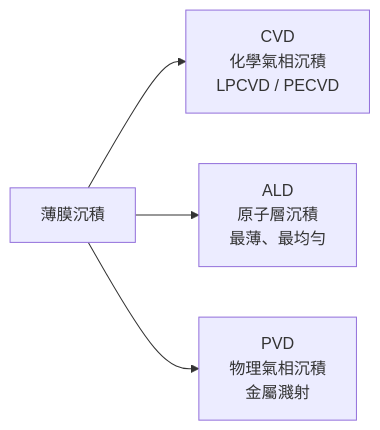
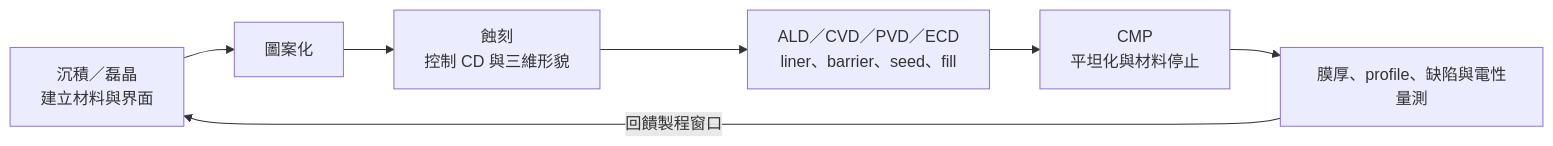
Before and after one commit to wizardhsiehcom/book: the diagram in docs/semi-jobs/08-etch-dep-cmp.md, drawn with Mermaid. The commit also changed other lines of this file and 31 other files, not shown here.

````diff
--- a/docs/semi-jobs/08-etch-dep-cmp.md
+++ b/docs/semi-jobs/08-etch-dep-cmp.md
@@ -24,6 +7,9 @@
 ```mermaid
-graph LR
-    DEP["薄膜沉積"] --> CVD["CVD<br/>化學氣相沉積<br/>LPCVD / PECVD"]
-    DEP --> ALD["ALD<br/>原子層沉積<br/>最薄、最均勻"]
-    DEP --> PVD["PVD<br/>物理氣相沉積<br/>金屬濺射"]
+flowchart LR
+    DEP["沉積／磊晶<br/>建立材料與界面"] --> PAT["圖案化"]
+    PAT --> ETC["蝕刻<br/>控制 CD 與三維形貌"]
+    ETC --> FILL["ALD／CVD／PVD／ECD<br/>liner、barrier、seed、fill"]
+    FILL --> CMP["CMP<br/>平坦化與材料停止"]
+    CMP --> MET["膜厚、profile、缺陷與電性量測"]
+    MET -->|"回饋製程窗口"| DEP
 ```
````
